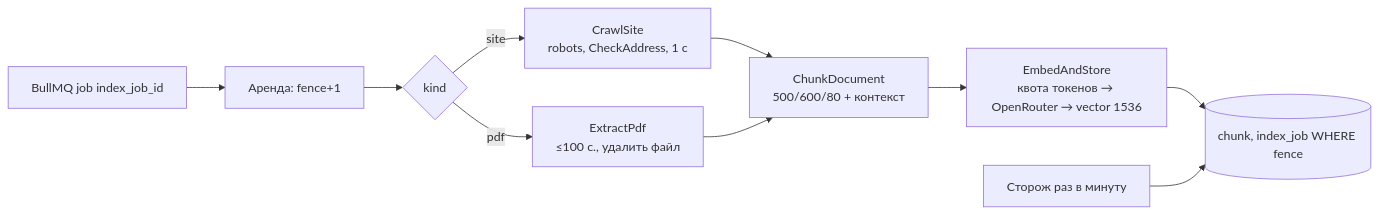
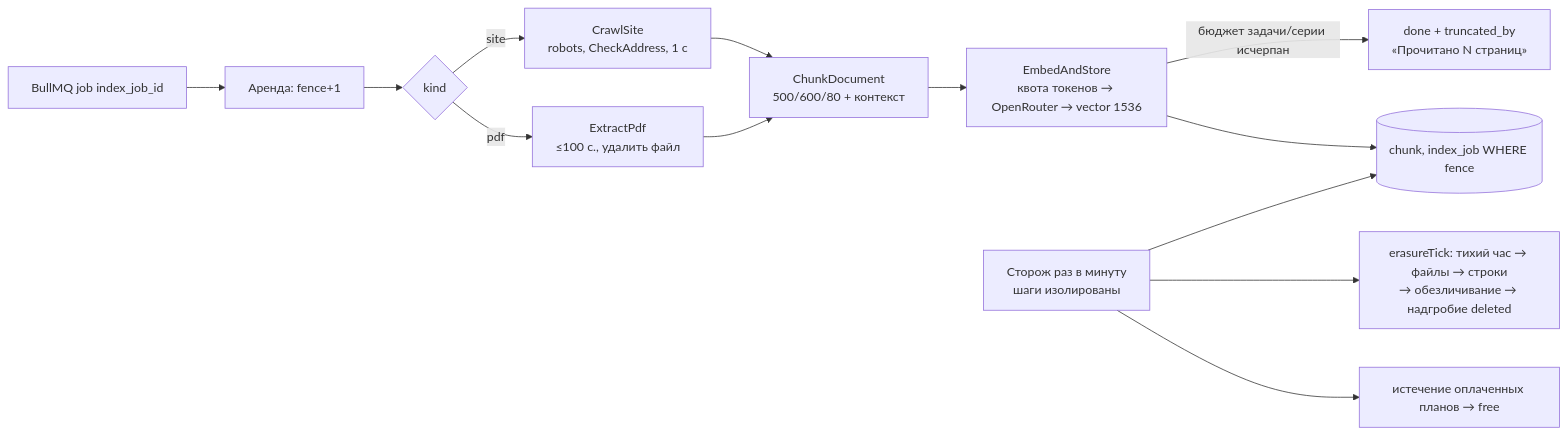
One commit to djd1m/2026-AUG-PU-Projects changed the fourth of 5 diagrams in projects/06-rag-sales-chatbase/docs/C4_Diagrams.md. Above: the diagram before and after it, drawn with Mermaid. The commit also changed other lines of this file and 3 other files, not shown here.

````diff
--- a/projects/06-rag-sales-chatbase/docs/C4_Diagrams.md
+++ b/projects/06-rag-sales-chatbase/docs/C4_Diagrams.md
@@ -78,12 +91,15 @@
 ```mermaid
 flowchart LR
   Q[BullMQ job index_job_id] --> L[Аренда: fence+1]
   L --> S{kind}
   S -- site --> CR[CrawlSite<br/>robots, CheckAddress, 1 с]
   S -- pdf --> PDF[ExtractPdf<br/>≤100 с., удалить файл]
   CR --> CH[ChunkDocument<br/>500/600/80 + контекст]
   PDF --> CH
   CH --> EM[EmbedAndStore<br/>квота токенов → OpenRouter → vector 1536]
+  EM -- бюджет задачи/серии исчерпан --> TR[done + truncated_by<br/>«Прочитано N страниц»]
   EM --> DB[(chunk, index_job WHERE fence)]
-  W[Сторож раз в минуту] --> DB
+  W[Сторож раз в минуту<br/>шаги изолированы] --> DB
+  W --> ER[erasureTick: тихий час → файлы → строки<br/>→ обезличивание → надгробие deleted]
+  W --> EX[истечение оплаченных планов → free]
 ```
````
